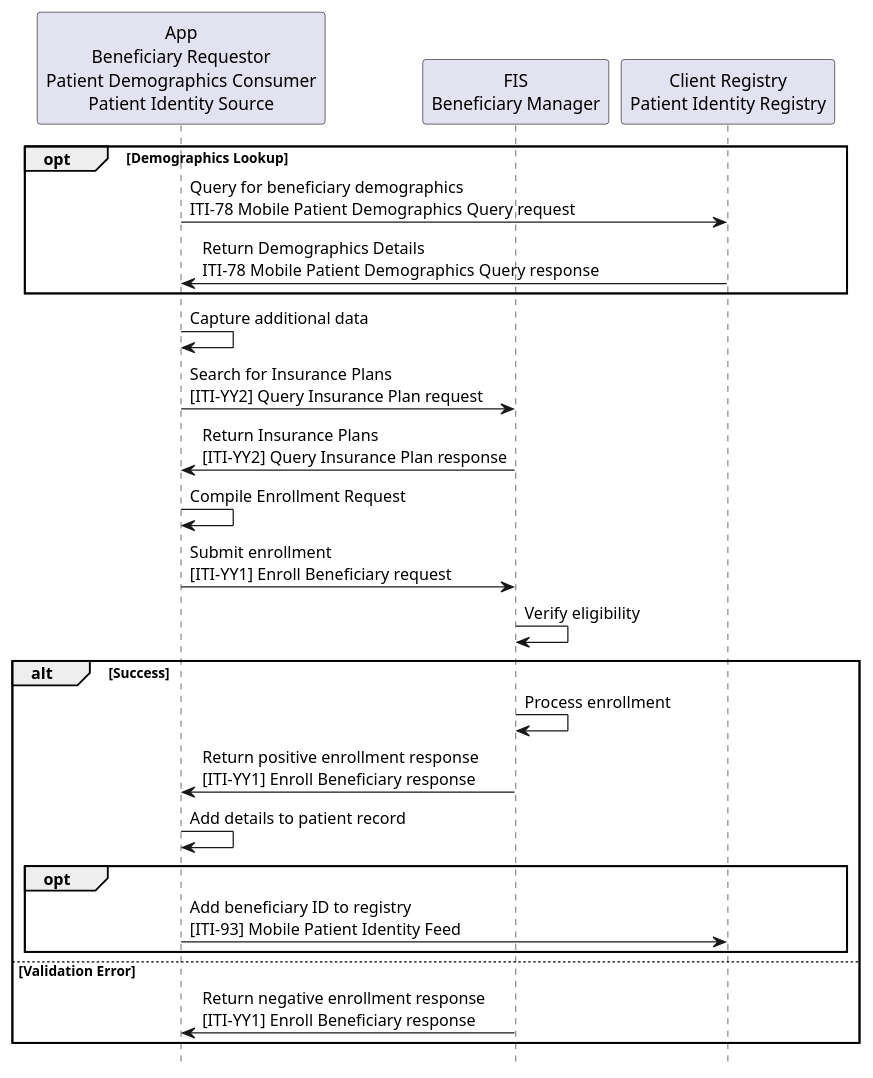
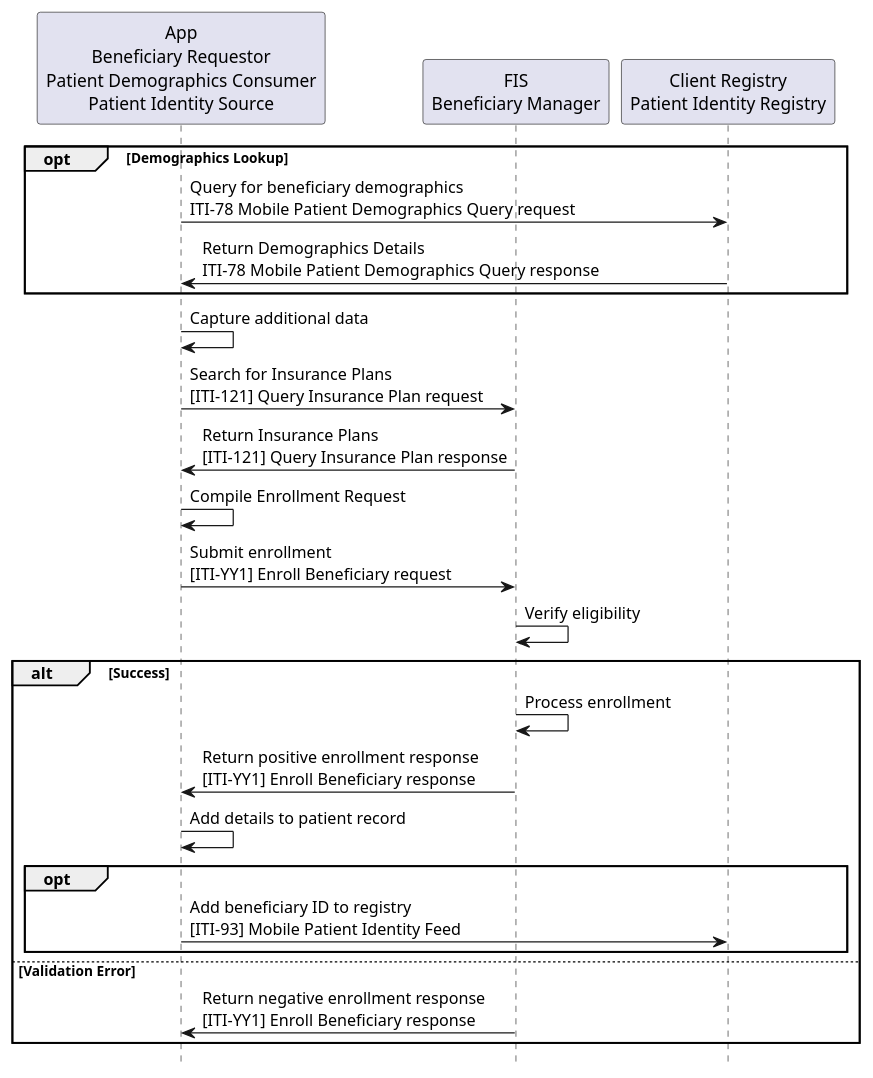
Before and after one commit to IHE/ITI.Finance: the diagram in input/images-source/usecase1-processflow.plantuml, drawn with PlantUML. The commit also changed 14 other files, not shown here.

```diff
--- a/input/images-source/usecase1-processflow.plantuml
+++ b/input/images-source/usecase1-processflow.plantuml
@@ -1,30 +1,30 @@
 @startuml
 skinparam svgDimensionStyle false
 hide footbox
 
 participant "App\nBeneficiary Requestor\nPatient Demographics Consumer\nPatient Identity Source" as App
 participant "FIS\nBeneficiary Manager" as FIS
 participant "Client Registry\nPatient Identity Registry" as CR
 
 opt Demographics Lookup
   App->CR: Query for beneficiary demographics\nITI-78 Mobile Patient Demographics Query request
   CR->App: Return Demographics Details\nITI-78 Mobile Patient Demographics Query response
 end
 App->App: Capture additional data
-App->FIS: Search for Insurance Plans\n&#91;ITI-YY2&#93; Query Insurance Plan request
-FIS->App: Return Insurance Plans\n&#91;ITI-YY2&#93; Query Insurance Plan response
+App->FIS: Search for Insurance Plans\n&#91;ITI-121&#93; Query Insurance Plan request
+FIS->App: Return Insurance Plans\n&#91;ITI-121&#93; Query Insurance Plan response
 App->App: Compile Enrollment Request
 App->FIS: Submit enrollment\n&#91;ITI-YY1&#93; Enroll Beneficiary request
 FIS->FIS: Verify eligibility
 alt Success
   FIS->FIS: Process enrollment
   FIS->App: Return positive enrollment response\n&#91;ITI-YY1&#93; Enroll Beneficiary response
   App->App: Add details to patient record
   opt
     App->CR: Add beneficiary ID to registry\n&#91;ITI-93&#93; Mobile Patient Identity Feed
   end
 else Validation Error
   FIS->App: Return negative enrollment response\n&#91;ITI-YY1&#93; Enroll Beneficiary response
 end
 
 @enduml
```
